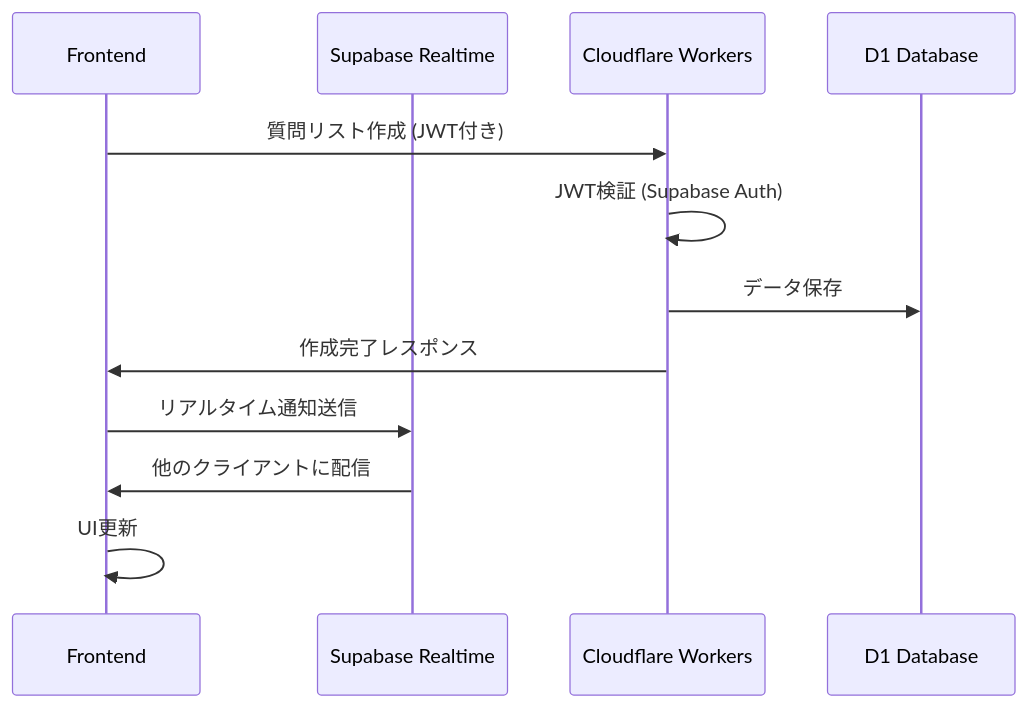
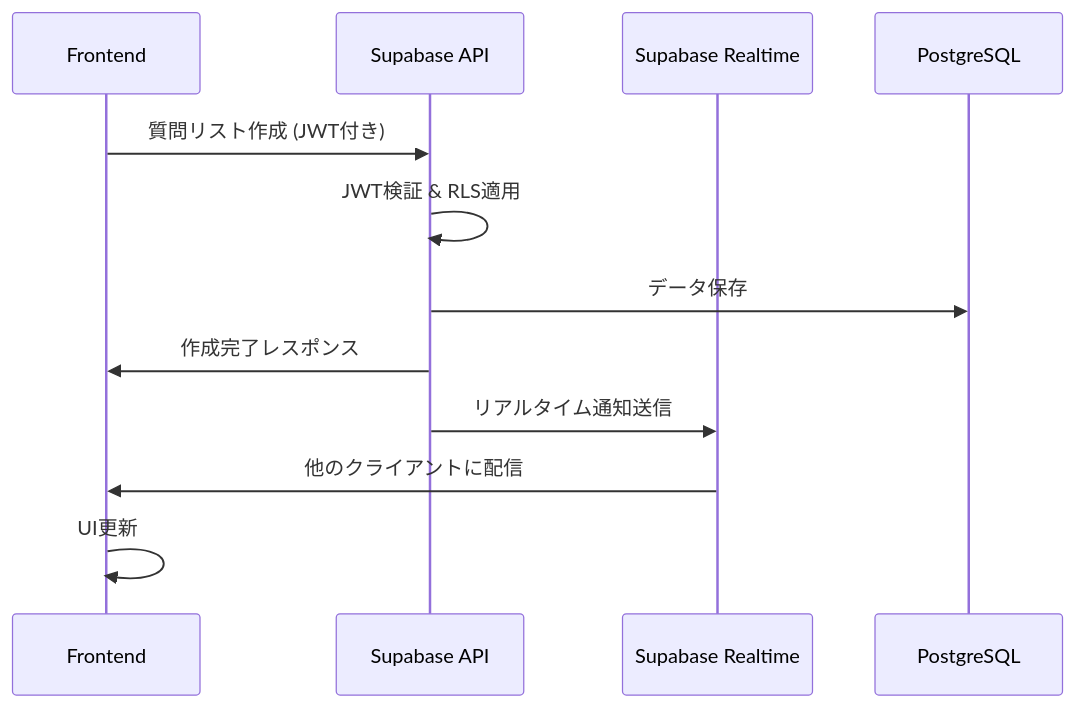
The diagram in .kiro/specs/nursery-visit-qa-app/design.md (chiilog/nursery-faq-list-app), drawn with Mermaid before and after one commit. The commit also changed other lines of this file and 2 other files, not shown here.

````diff
--- a/.kiro/specs/nursery-visit-qa-app/design.md
+++ b/.kiro/specs/nursery-visit-qa-app/design.md
@@ -337,15 +345,15 @@
 ```mermaid
 sequenceDiagram
     participant F as Frontend
-    participant S as Supabase Realtime
-    participant W as Cloudflare Workers
-    participant D as D1 Database
+    participant S as Supabase API
+    participant R as Supabase Realtime
+    participant D as PostgreSQL
 
-    F->>W: 質問リスト作成 (JWT付き)
-    W->>W: JWT検証 (Supabase Auth)
-    W->>D: データ保存
-    W->>F: 作成完了レスポンス
-    F->>S: リアルタイム通知送信
-    S->>F: 他のクライアントに配信
+    F->>S: 質問リスト作成 (JWT付き)
+    S->>S: JWT検証 & RLS適用
+    S->>D: データ保存
+    S->>F: 作成完了レスポンス
+    S->>R: リアルタイム通知送信
+    R->>F: 他のクライアントに配信
     F->>F: UI更新
 ```
````
